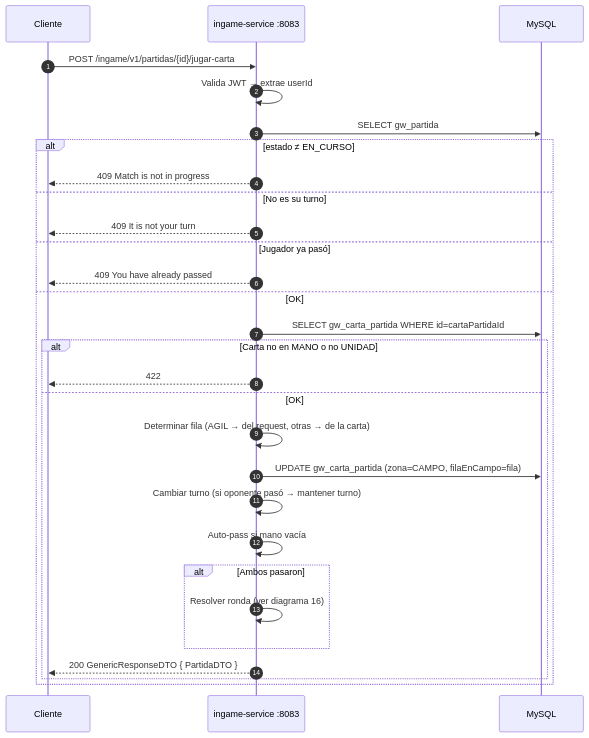
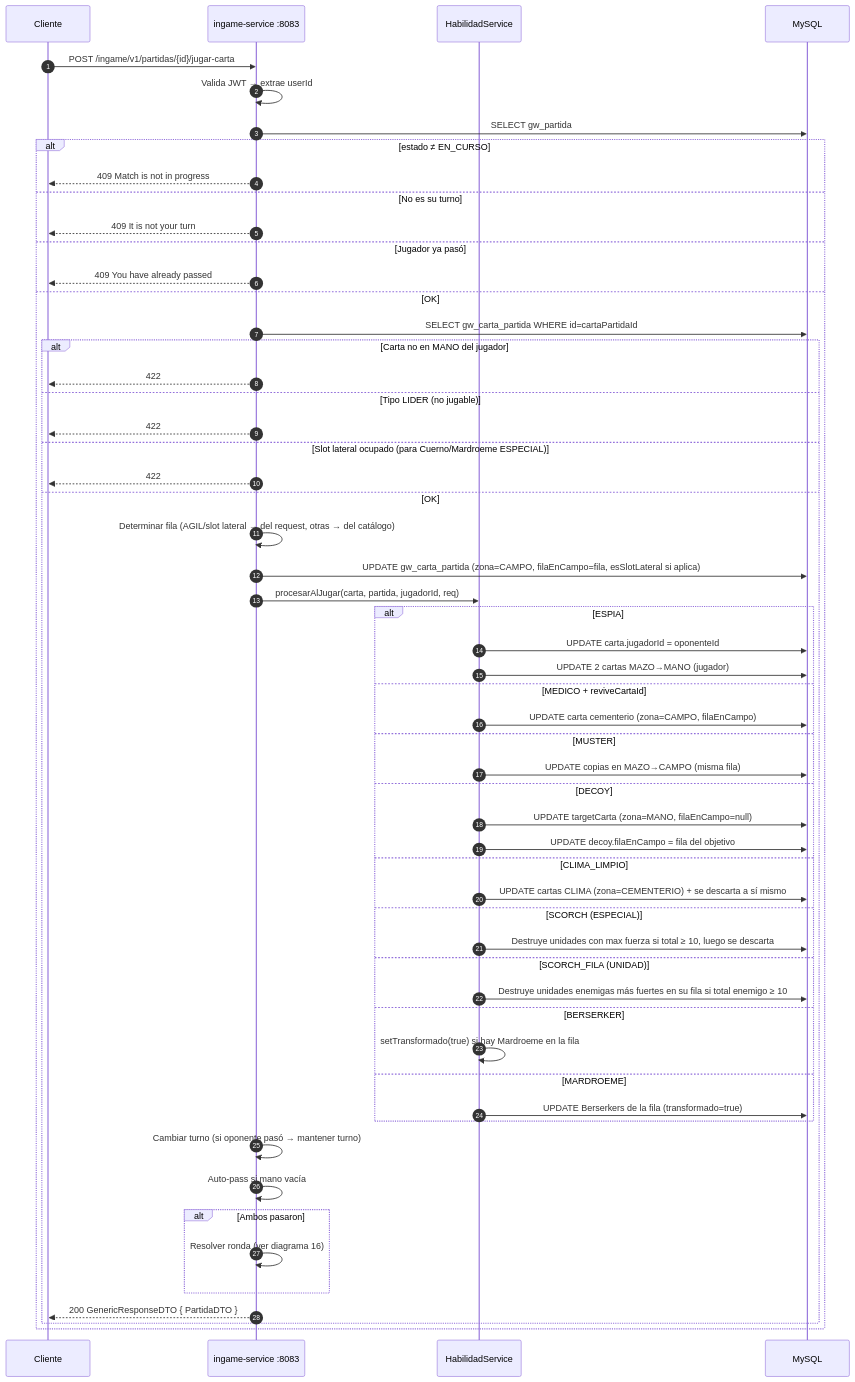
Before and after one commit to arimarquez04/gwent-app: diagram 14 of 20 in diagram.md, drawn with Mermaid. The commit also changed other lines of this file and 36 other files, not shown here.

````diff
--- a/diagram.md
+++ b/diagram.md
@@ -525,35 +540,63 @@
 ```mermaid
 sequenceDiagram
     autonumber
     participant C as Cliente
     participant IS as ingame-service :8083
+    participant HS as HabilidadService
     participant DB as MySQL
 
     C->>IS: POST /ingame/v1/partidas/{id}/jugar-carta
     IS->>IS: Valida JWT → extrae userId
     IS->>DB: SELECT gw_partida
 
     alt estado ≠ EN_CURSO
         IS-->>C: 409 Match is not in progress
     else No es su turno
         IS-->>C: 409 It is not your turn
     else Jugador ya pasó
         IS-->>C: 409 You have already passed
     else OK
         IS->>DB: SELECT gw_carta_partida WHERE id=cartaPartidaId
-        alt Carta no en MANO o no UNIDAD
+        alt Carta no en MANO del jugador
+            IS-->>C: 422
+        else Tipo LIDER (no jugable)
+            IS-->>C: 422
+        else Slot lateral ocupado (para Cuerno/Mardroeme ESPECIAL)
             IS-->>C: 422
         else OK
-            IS->>IS: Determinar fila (AGIL → del request, otras → de la carta)
-            IS->>DB: UPDATE gw_carta_partida (zona=CAMPO, filaEnCampo=fila)
+            IS->>IS: Determinar fila (AGIL/slot lateral → del request, otras → del catálogo)
+            IS->>DB: UPDATE gw_carta_partida (zona=CAMPO, filaEnCampo=fila, esSlotLateral si aplica)
+
+            IS->>HS: procesarAlJugar(carta, partida, jugadorId, req)
+            alt ESPIA
+                HS->>DB: UPDATE carta.jugadorId = oponenteId
+                HS->>DB: UPDATE 2 cartas MAZO→MANO (jugador)
+            else MEDICO + reviveCartaId
+                HS->>DB: UPDATE carta cementerio (zona=CAMPO, filaEnCampo)
+            else MUSTER
+                HS->>DB: UPDATE copias en MAZO→CAMPO (misma fila)
+            else DECOY
+                HS->>DB: UPDATE targetCarta (zona=MANO, filaEnCampo=null)
+                HS->>DB: UPDATE decoy.filaEnCampo = fila del objetivo
+            else CLIMA_LIMPIO
+                HS->>DB: UPDATE cartas CLIMA (zona=CEMENTERIO) + se descarta a sí mismo
+            else SCORCH (ESPECIAL)
+                HS->>DB: Destruye unidades con max fuerza si total ≥ 10, luego se descarta
+            else SCORCH_FILA (UNIDAD)
+                HS->>DB: Destruye unidades enemigas más fuertes en su fila si total enemigo ≥ 10
+            else BERSERKER
+                HS->>HS: setTransformado(true) si hay Mardroeme en la fila
+            else MARDROEME
+                HS->>DB: UPDATE Berserkers de la fila (transformado=true)
+            end
 
             IS->>IS: Cambiar turno (si oponente pasó → mantener turno)
             IS->>IS: Auto-pass si mano vacía
 
             alt Ambos pasaron
                 IS->>IS: Resolver ronda (ver diagrama 16)
             end
             IS-->>C: 200 GenericResponseDTO { PartidaDTO }
         end
     end
 ```
````
